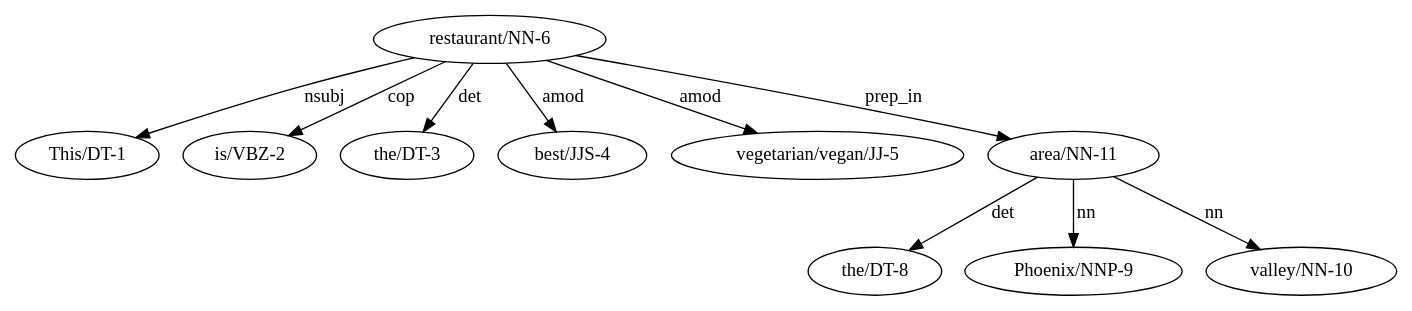
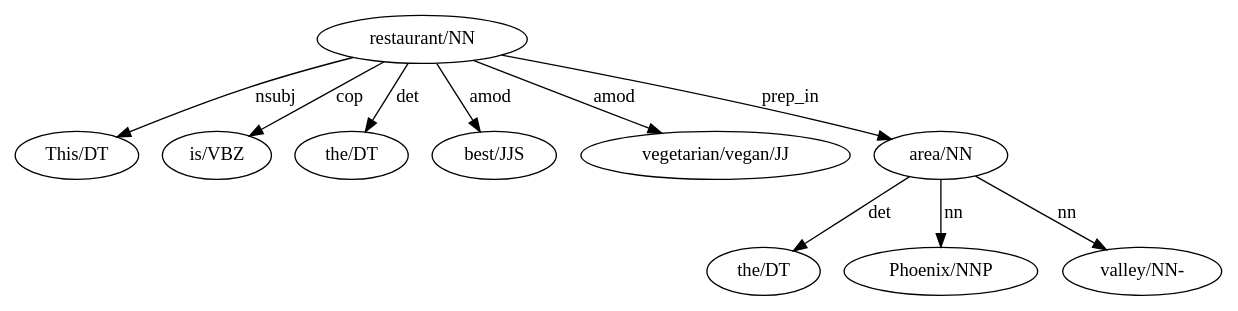
The diagram in senti/eg1.dot (cosmozhang/ml_final_project_yelp), drawn with Graphviz before and after one commit. The commit also changed 16 other files, not shown here.

```diff
--- a/senti/eg1.dot
+++ b/senti/eg1.dot
@@ -1,21 +1,21 @@
 digraph  {
-  N_1 [label="This/DT-1"];
-  N_2 [label="is/VBZ-2"];
-  N_3 [label="the/DT-3"];
-  N_4 [label="best/JJS-4"];
-  N_5 [label="vegetarian/vegan/JJ-5"];
-  N_6 [label="restaurant/NN-6"];
-  N_8 [label="the/DT-8"];
-  N_9 [label="Phoenix/NNP-9"];
-  N_10 [label="valley/NN-10"];
-  N_11 [label="area/NN-11"];
+  N_1 [label="This/DT"];
+  N_2 [label="is/VBZ"];
+  N_3 [label="the/DT"];
+  N_4 [label="best/JJS"];
+  N_5 [label="vegetarian/vegan/JJ"];
+  N_6 [label="restaurant/NN"];
+  N_8 [label="the/DT"];
+  N_9 [label="Phoenix/NNP"];
+  N_10 [label="valley/NN-"];
+  N_11 [label="area/NN"];
   N_6 -> N_1 [label="nsubj"];
   N_6 -> N_2 [label="cop"];
   N_6 -> N_3 [label="det"];
   N_6 -> N_4 [label="amod"];
   N_6 -> N_5 [label="amod"];
   N_6 -> N_11 [label="prep_in"];
   N_11 -> N_8 [label="det"];
   N_11 -> N_9 [label="nn"];
   N_11 -> N_10 [label="nn"];
 }
```
